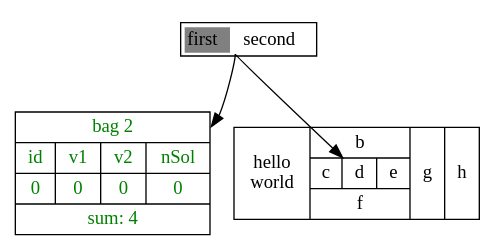
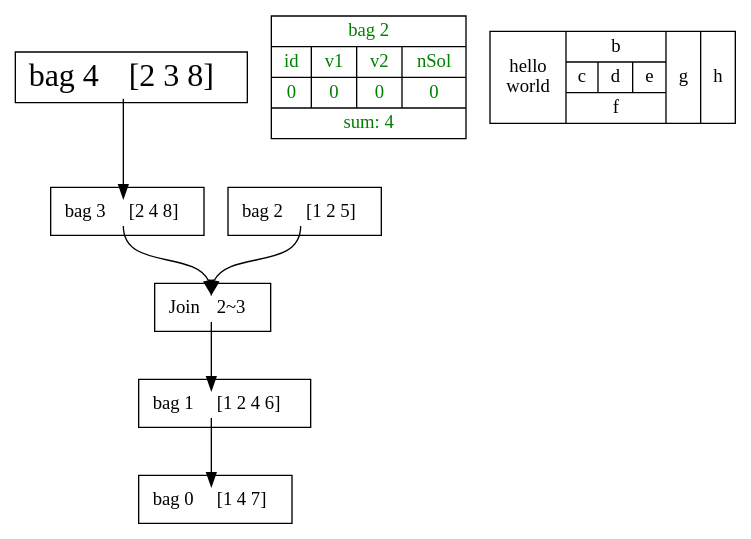
One commit to VaeterchenFrost/gpusat-VISU changed the diagram in gvtest.dot. Above: the diagram before and after it, drawn with Graphviz. The commit also changed 5 other files, not shown here.

First line of the commit message:
main bagNode structure

```diff
--- a/gvtest.dot
+++ b/gvtest.dot
@@ -1,12 +1,23 @@
 digraph structs {
-	node [shape=plaintext]
-	struct1 [label=<<TABLE BORDER="1" CELLBORDER="0" CELLSPACING="2">
-                           <TR><TD BGCOLOR="gray">first</TD><TD PORT="f1"></TD><TD>second</TD></TR>
-                       </TABLE>>]
+	node [shape=rect]
+	bag4 [label=<<TABLE BORDER="0" CELLBORDER="0" CELLSPACING="0">
+              <TR><TD BGCOLOR="white">bag 4</TD><TD PORT="anchor"></TD><TD>[2 3 8]</TD></TR></TABLE>> fontsize=24]
+	bag3 [label=<<TABLE BORDER="0" CELLBORDER="0" CELLSPACING="0">
+              <TR><TD BGCOLOR="white">bag 3</TD><TD PORT="anchor"></TD><TD>[2 4 8]</TD></TR></TABLE>>]
+	join1 [label=<<TABLE BORDER="0" CELLBORDER="0" CELLSPACING="0">
+              <TR><TD BGCOLOR="white">Join</TD><TD PORT="anchor"></TD><TD>2~3</TD></TR></TABLE>>]
+	bag2 [label=<<TABLE BORDER="0" CELLBORDER="0" CELLSPACING="0">
+              <TR><TD BGCOLOR="white">bag 2</TD><TD PORT="anchor"></TD><TD>[1 2 5]</TD></TR></TABLE>>]
+	bag1 [label=<<TABLE BORDER="0" CELLBORDER="0" CELLSPACING="0">
+              <TR><TD BGCOLOR="white">bag 1</TD><TD PORT="anchor"></TD><TD>[1 2 4 6]</TD></TR></TABLE>>]
+	bag0 [label=<<TABLE BORDER="0" CELLBORDER="0" CELLSPACING="0">
+              <TR><TD BGCOLOR="white">bag 0</TD><TD PORT="anchor"></TD><TD>[1 4 7]</TD></TR></TABLE>>]
 	node [shape=record]
-	edge [arrowType=halfopen splines=line]
-	struct2 [label="{<f0> bag 2|{{id|0}|{v1|0}|{ v2|0}|{ nSol|0}}|sum: 4}" fontcolor=green]
-	struct3 [label="hello\nworld |{ b |{c|<here> d|e}| f}| g | h"]
-	struct1:f1 -> struct2:f0
-	struct1:f1 -> struct3:here
+	sol4 [label="{<f0> bag 2|{{id|0}|{v1|0}|{ v2|0}|{ nSol|0}}|sum: 4}" fontcolor=green]
+	hi [label="hello\nworld |{ b |{c|<here> d|e}| f}| g | h"]
+	bag4:anchor -> bag3:anchor
+	bag2:anchor -> join1:anchor
+	bag3:anchor -> join1:anchor
+	join1:anchor -> bag1:anchor
+	bag1:anchor -> bag0:anchor
 }
```
